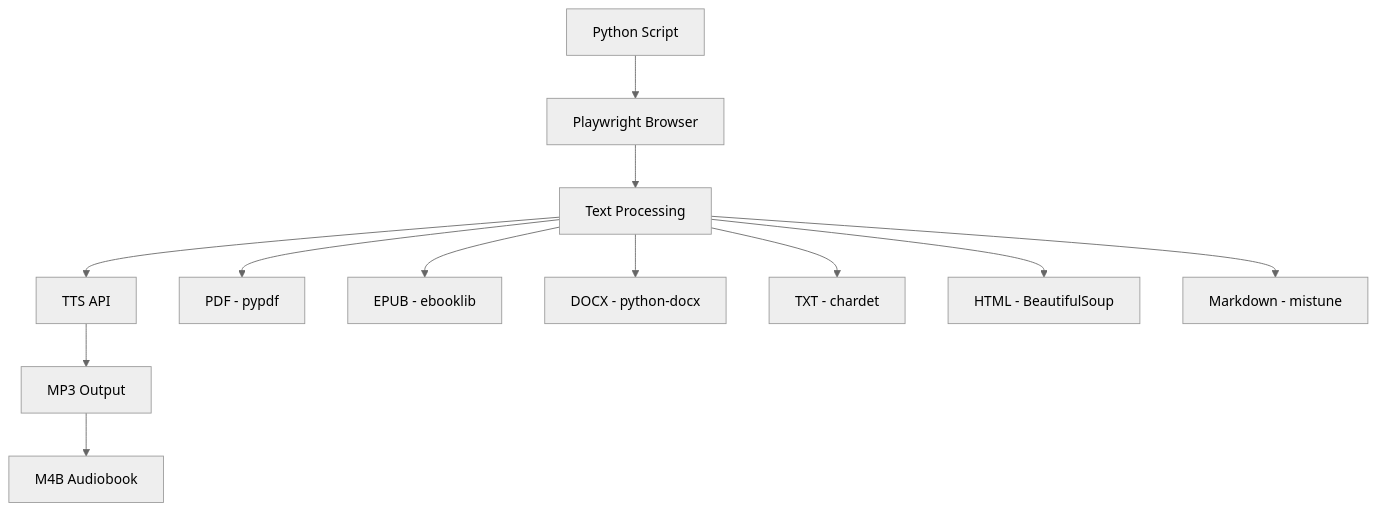
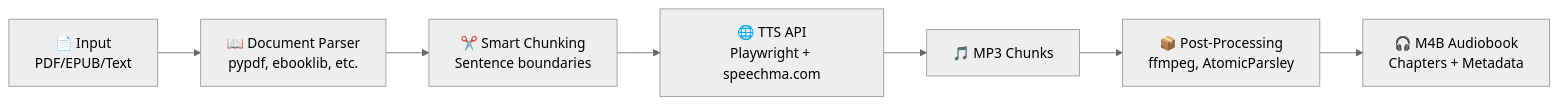
One commit to oweneldridge/audiobook-creator-tts changed the first of 2 diagrams in README.md. Above: the diagram before and after it, drawn with Mermaid (neutral theme). The commit also changed other lines of this file, not shown here.

Commit message:
update technical architecture diagram in readme

````diff
--- a/README.md
+++ b/README.md
@@ -423,16 +425,9 @@
 ```mermaid
-graph TD
-    A[Python Script] --> B[Playwright Browser]
-    B --> C[Text Processing]
-    C --> D[TTS API]
-
-    C --> C1[PDF - pypdf]
-    C --> C2[EPUB - ebooklib]
-    C --> C3[DOCX - python-docx]
-    C --> C4[TXT - chardet]
-    C --> C5[HTML - BeautifulSoup]
-    C --> C6[Markdown - mistune]
-
-    D --> E[MP3 Output]
-    E --> F[M4B Audiobook]
+graph LR
+    A[📄 Input<br/>PDF/EPUB/Text] --> B[📖 Document Parser<br/>pypdf, ebooklib, etc.]
+    B --> C[✂️ Smart Chunking<br/>Sentence boundaries]
+    C --> D[🌐 TTS API<br/>Playwright + speechma.com]
+    D --> E[🎵 MP3 Chunks]
+    E --> F[📦 Post-Processing<br/>ffmpeg, AtomicParsley]
+    F --> G[🎧 M4B Audiobook<br/>Chapters + Metadata]
 ```
````
